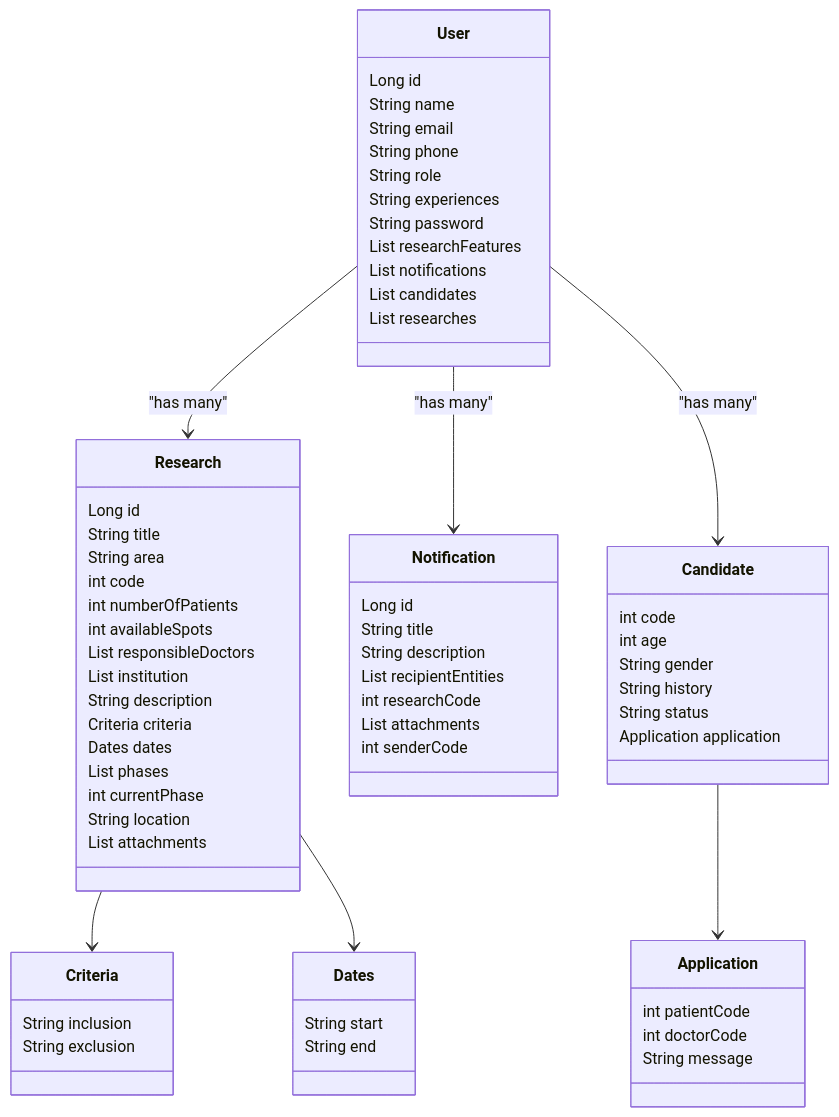
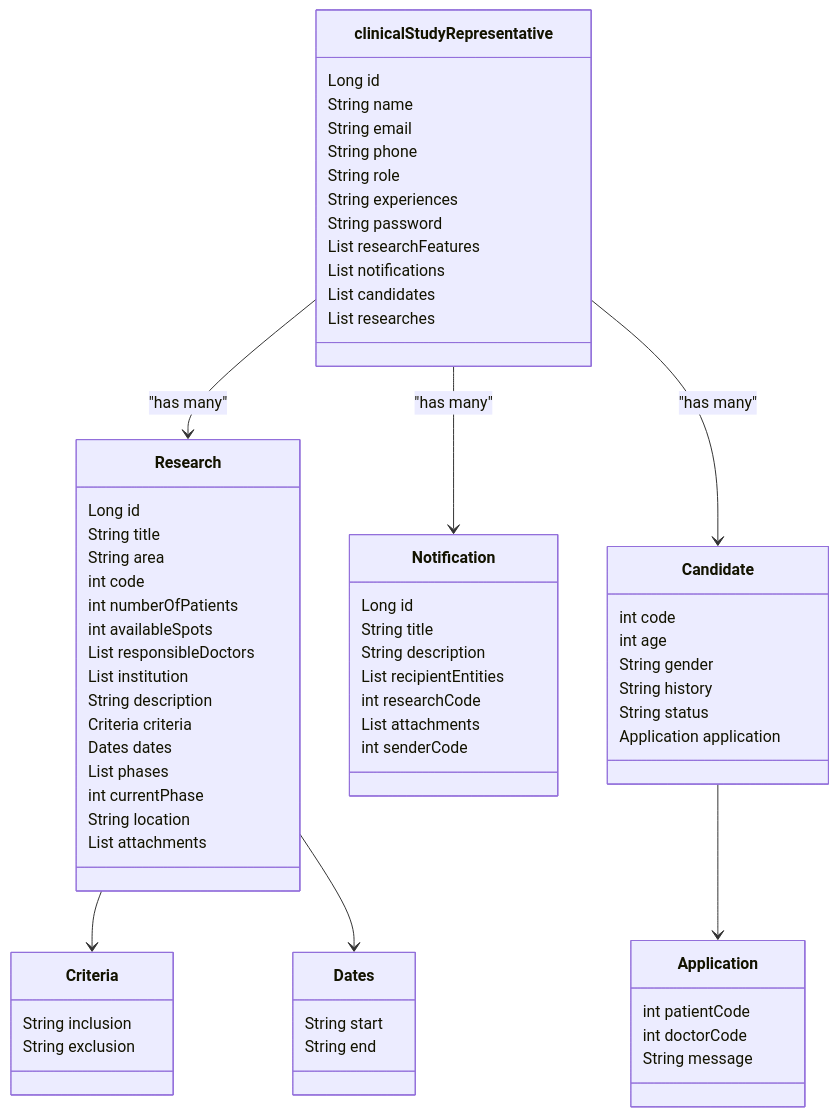
One commit to andrefilipe1310/inovamed- changed the third of 16 diagrams in README.md. Above: the diagram before and after it, drawn with Mermaid.

````diff
--- a/README.md
+++ b/README.md
@@ -49,78 +49,78 @@
 ```mermaid
 classDiagram
-    class User {
+    class clinicalStudyRepresentative {
         Long id
         String name
         String email
         String phone
         String role
         String experiences
         String password
         List<Research> researchFeatures
         List<Notification> notifications
         List<Candidate> candidates
         List<Research> researches
     }
 
     class Research {
         Long id
         String title
         String area
         int code
         int numberOfPatients
         int availableSpots
         List<String> responsibleDoctors
         List<String> institution
         String description
         Criteria criteria
         Dates dates
         List<String> phases
         int currentPhase
         String location
         List<String> attachments
     }
 
     class Criteria {
         String inclusion
         String exclusion
     }
 
     class Dates {
         String start
         String end
     }
 
     class Notification {
         Long id
         String title
         String description
         List<Long> recipientEntities
         int researchCode
         List<String> attachments
         int senderCode
     }
 
     class Candidate {
         int code
         int age
         String gender
         String history
         String status
         Application application
     }
 
     class Application {
         int patientCode
         int doctorCode
         String message
     }
 
     %% Relations
-    User --> Research : "has many"
-    User --> Notification : "has many"
-    User --> Candidate : "has many"
+    clinicalStudyRepresentative --> Research : "has many"
+    clinicalStudyRepresentative --> Notification : "has many"
+    clinicalStudyRepresentative --> Candidate : "has many"
     Research --> Criteria
     Research --> Dates
     Candidate --> Application
 
 ```
````
